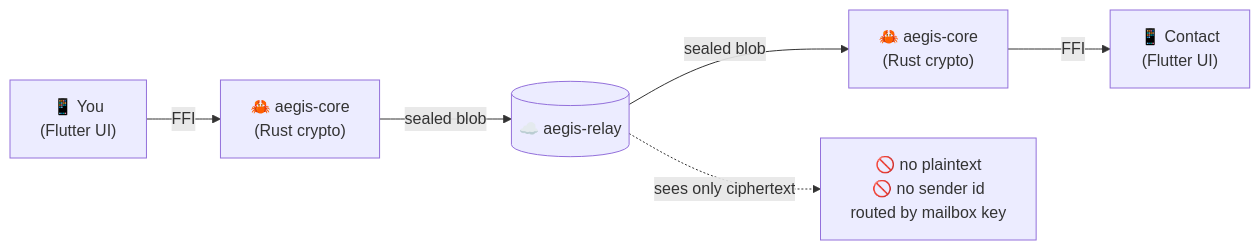
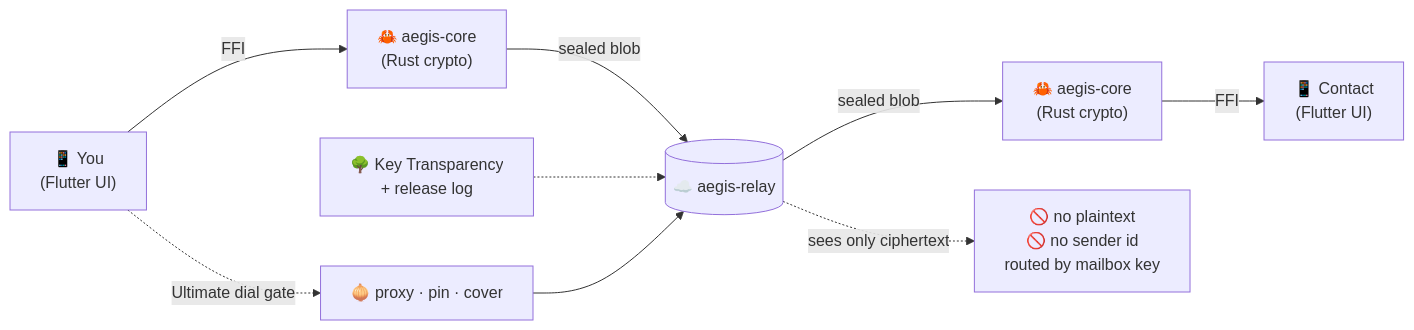
The second of 2 diagrams in README.md (Oz4462/aegis-messenger), drawn with Mermaid before and after one commit. The commit also changed other lines of this file, not shown here.

First line of the commit message:
docs(readme): refresh showcase for AEGIS Ultimate (Aug 2026)

````diff
--- a/README.md
+++ b/README.md
@@ -57,8 +144,11 @@
 ```mermaid
 flowchart LR
     You["📱 You<br/>(Flutter UI)"] -->|FFI| Core1["🦀 aegis-core<br/>(Rust crypto)"]
     Core1 -->|"sealed blob"| Relay[("☁️ aegis-relay")]
     Relay -->|"sealed blob"| Core2["🦀 aegis-core<br/>(Rust crypto)"]
     Core2 -->|FFI| Peer["📱 Contact<br/>(Flutter UI)"]
     Relay -.->|"sees only ciphertext"| Note["🚫 no plaintext<br/>🚫 no sender id<br/>routed by mailbox key"]
+    KT["🌳 Key Transparency<br/>+ release log"] -.-> Relay
+    You -.->|"Ultimate dial gate"| Pipe["🧅 proxy · pin · cover"]
+    Pipe --> Relay
 ```
````
